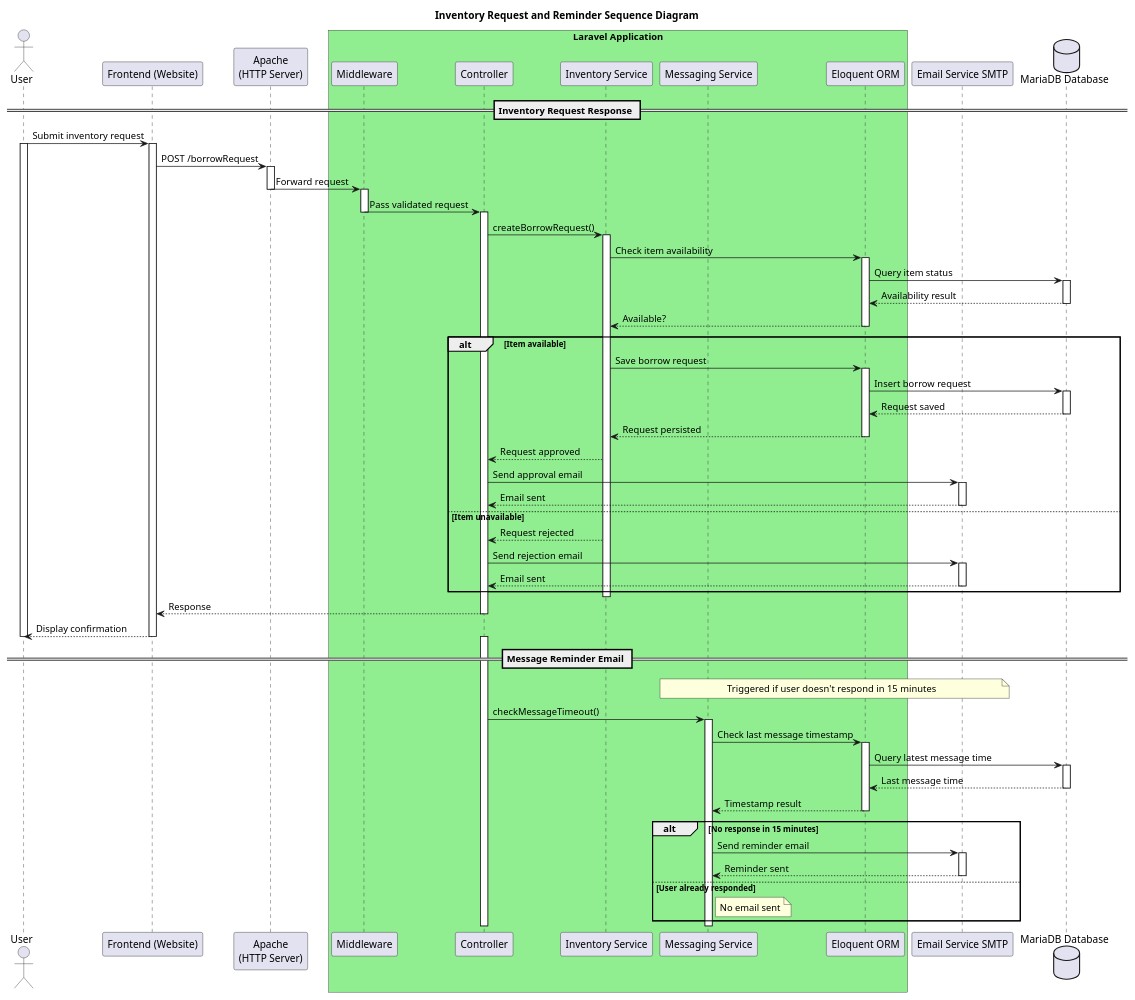
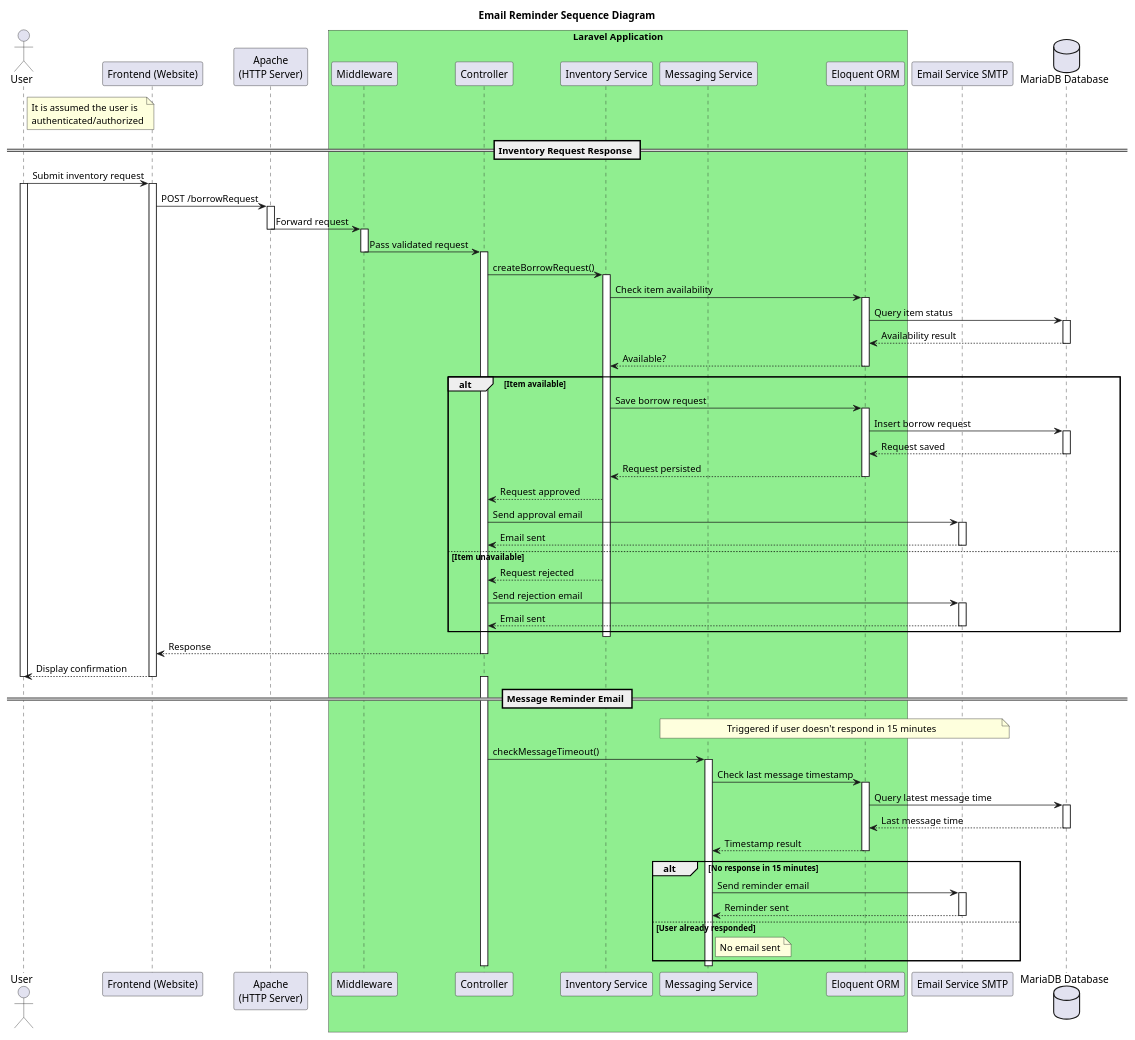
The diagram in sequenceDiagram/Email_Notification_Report_Sequence_Diagram.puml (JanPerez35/PlantUML), drawn with PlantUML before and after one commit. The commit also changed 8 other files, not shown here.

```diff
--- a/sequenceDiagram/Email_Notification_Report_Sequence_Diagram.puml
+++ b/sequenceDiagram/Email_Notification_Report_Sequence_Diagram.puml
@@ -1,108 +1,113 @@
 @startuml
 
-title Inventory Request and Reminder Sequence Diagram
+title Email Reminder Sequence Diagram
 
 actor User
 
 participant "Frontend (Website)" as FE
 participant "Apache\n(HTTP Server)" as Apache
 
 box "Laravel Application" #LightGreen
   participant "Middleware" as MW
   participant "Controller" as C
   participant "Inventory Service" as Service
   participant "Messaging Service" as MessageService
   participant "Eloquent ORM" as ORM
 end box
 
 participant "Email Service SMTP" as Email
 database "MariaDB Database" as DB
+
+note right of User
+It is assumed the user is
+authenticated/authorized
+end note
 
 == Inventory Request Response ==
 User -> FE: Submit inventory request
 activate User
 activate FE
 
 FE -> Apache: POST /borrowRequest
 activate Apache
 Apache -> MW: Forward request
 deactivate Apache
 
 activate MW
 MW -> C: Pass validated request
 deactivate MW
 
 activate C
 C -> Service: createBorrowRequest()
 activate Service
 
 Service -> ORM: Check item availability
 activate ORM
 ORM -> DB: Query item status
 activate DB
 DB --> ORM: Availability result
 deactivate DB
 ORM --> Service: Available?
 deactivate ORM
 
 alt Item available
     Service -> ORM: Save borrow request
     activate ORM
     ORM -> DB: Insert borrow request
     activate DB
     DB --> ORM: Request saved
     deactivate DB
     ORM --> Service: Request persisted
     deactivate ORM
 
     Service --> C: Request approved
     C -> Email: Send approval email
     activate Email
     Email --> C: Email sent
     deactivate Email
 
 else Item unavailable
     Service --> C: Request rejected
     C -> Email: Send rejection email
     activate Email
     Email --> C: Email sent
     deactivate Email
 end
 
 deactivate Service
 C --> FE: Response
 deactivate C
 
 FE --> User: Display confirmation
 deactivate FE
 deactivate User
 
 == Message Reminder Email ==
 note over MessageService,Email: Triggered if user doesn't respond in 15 minutes
 
 activate C
 C -> MessageService: checkMessageTimeout()
 activate MessageService
 
 MessageService -> ORM: Check last message timestamp
 activate ORM
 ORM -> DB: Query latest message time
 activate DB
 DB --> ORM: Last message time
 deactivate DB
 ORM --> MessageService: Timestamp result
 deactivate ORM
 
 alt No response in 15 minutes
     MessageService -> Email: Send reminder email
     activate Email
     Email --> MessageService: Reminder sent
     deactivate Email
 else User already responded
     note right of MessageService: No email sent
 end
 
 deactivate MessageService
 deactivate C
 
 @enduml
```
